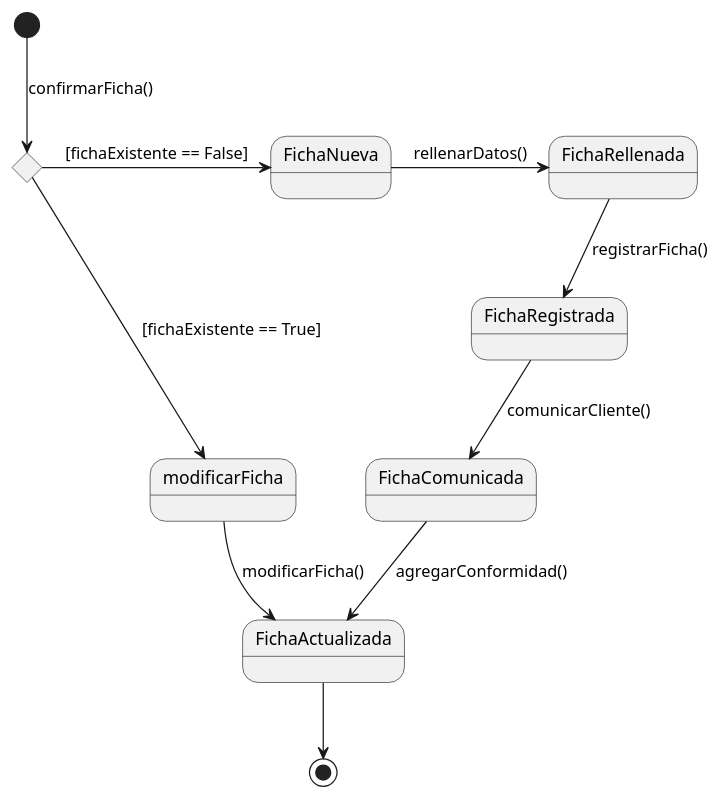
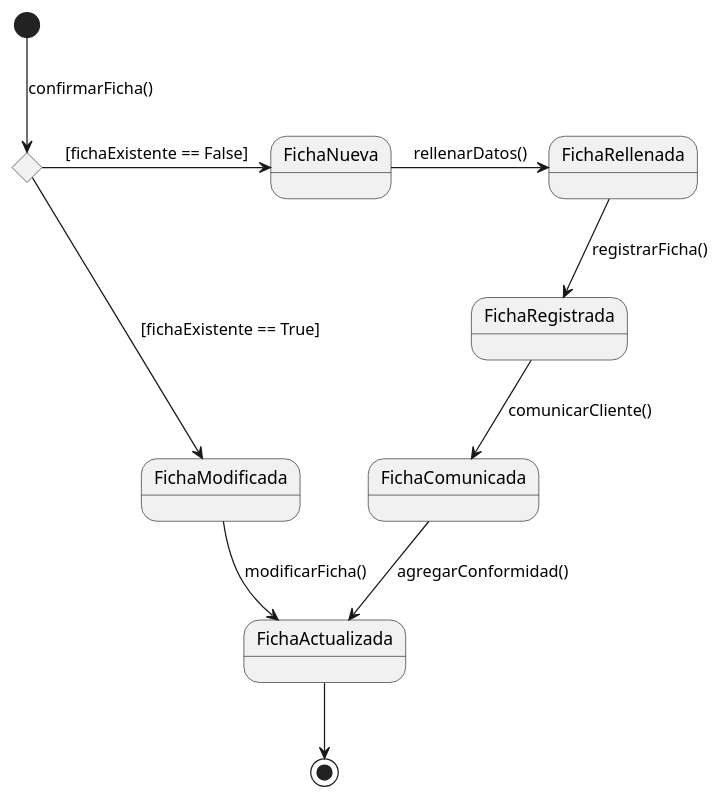
The diagram in UML/Diagrama_Estado_Ficha.puml (MatiasCermak/tp-integrador-doo), drawn with PlantUML before and after one commit. The commit also changed 2 other files, not shown here.

Commit message:
Actualización Diagramas

```diff
--- a/UML/Diagrama_Estado_Ficha.puml
+++ b/UML/Diagrama_Estado_Ficha.puml
@@ -1,15 +1,15 @@
 @startuml Ficha
 
 state fichaExistente <<choice>>
 [*] --> fichaExistente : confirmarFicha()
-fichaExistente  ---> modificarFicha : [fichaExistente == True]
+fichaExistente  ---> FichaModificada : [fichaExistente == True]
 
 fichaExistente -right-> FichaNueva : [fichaExistente == False]
 FichaNueva -right-> FichaRellenada : rellenarDatos()
 FichaRellenada --> FichaRegistrada : registrarFicha()
 FichaRegistrada -->FichaComunicada : comunicarCliente()
 FichaComunicada --> FichaActualizada : agregarConformidad()
-modificarFicha --> FichaActualizada : modificarFicha()
+FichaModificada --> FichaActualizada : modificarFicha()
 FichaActualizada --> [*]
 
 @enduml
```
